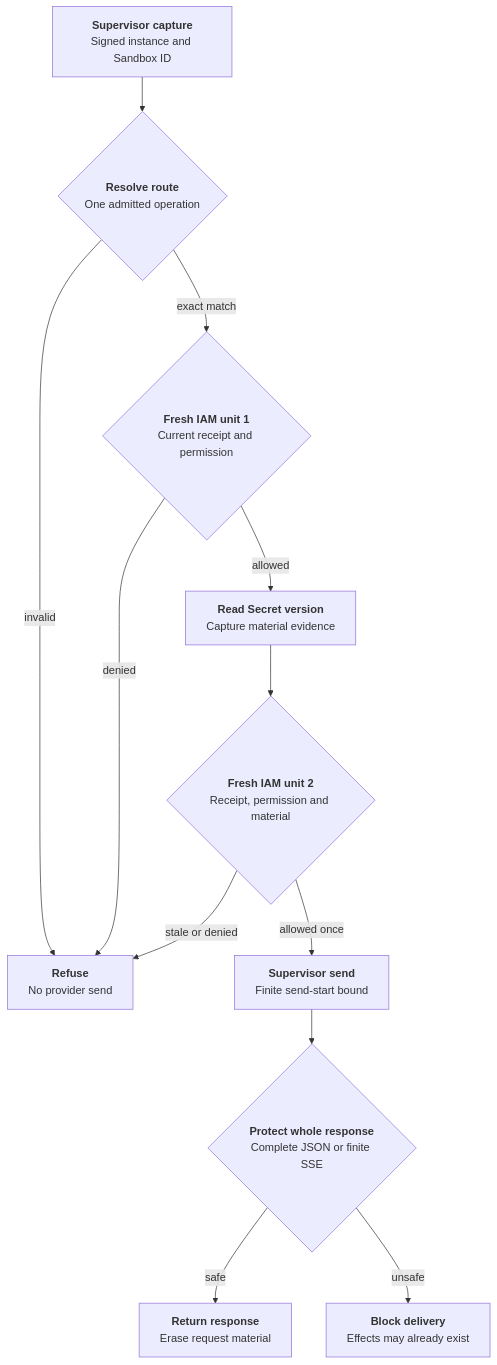
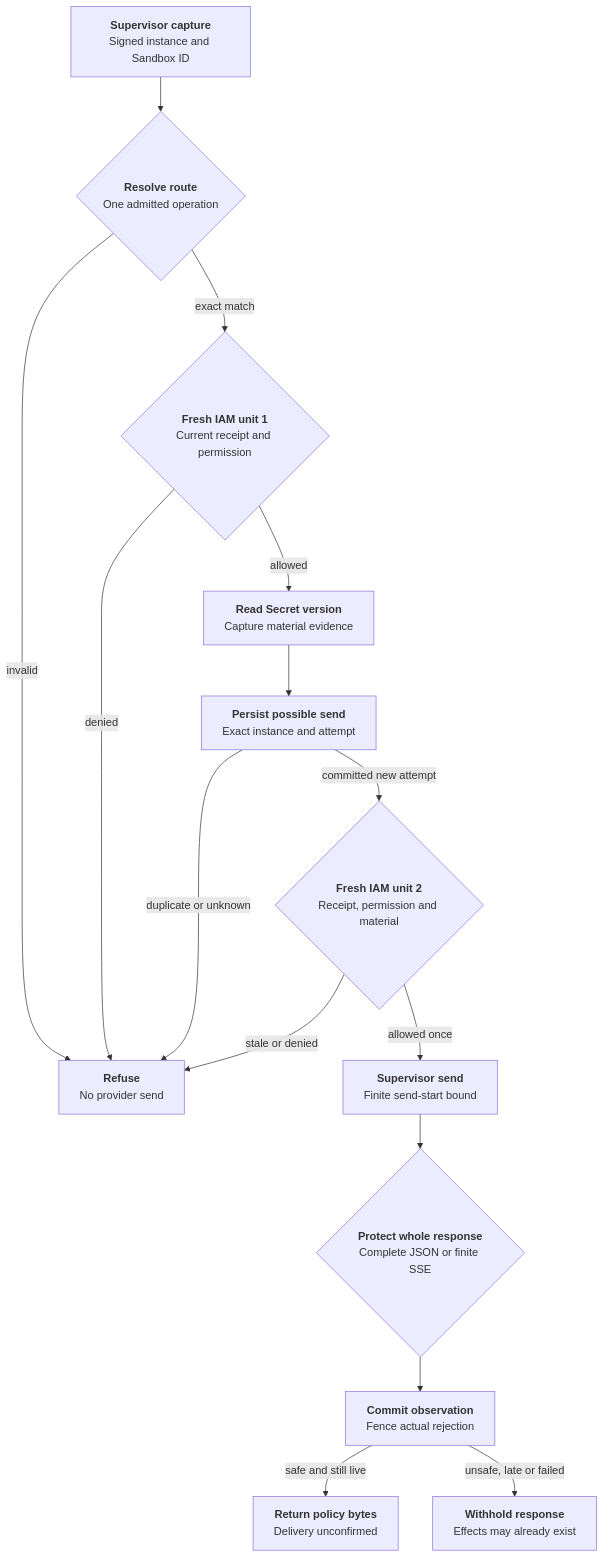
Before and after one commit to anmol0b/openclaw-enterprise: the diagram in docs/flows/credential-source-egress.md, drawn with Mermaid. The commit also changed other lines of this file and 24 other files, not shown here.

Commit message:
Persist static egress attempts before final send authorization

````diff
--- a/docs/flows/credential-source-egress.md
+++ b/docs/flows/credential-source-egress.md
@@ -34,14 +34,17 @@
 ```mermaid
 graph TD
   A["<b>Supervisor capture</b><br/>Signed instance and Sandbox ID"] --> B{"<b>Resolve route</b><br/>One admitted operation"}
   B -- "invalid" --> X["<b>Refuse</b><br/>No provider send"]
   B -- "exact match" --> C{"<b>Fresh IAM unit 1</b><br/>Current receipt and permission"}
   C -- "denied" --> X
   C -- "allowed" --> D["<b>Read Secret version</b><br/>Capture material evidence"]
-  D --> E{"<b>Fresh IAM unit 2</b><br/>Receipt, permission and material"}
+  D --> P["<b>Persist possible send</b><br/>Exact instance and attempt"]
+  P -- "duplicate or unknown" --> X
+  P -- "committed new attempt" --> E{"<b>Fresh IAM unit 2</b><br/>Receipt, permission and material"}
   E -- "stale or denied" --> X
   E -- "allowed once" --> F["<b>Supervisor send</b><br/>Finite send-start bound"]
   F --> G{"<b>Protect whole response</b><br/>Complete JSON or finite SSE"}
-  G -- "safe" --> H["<b>Return response</b><br/>Erase request material"]
-  G -- "unsafe" --> I["<b>Block delivery</b><br/>Effects may already exist"]
+  G --> O["<b>Commit observation</b><br/>Fence actual rejection"]
+  O -- "safe and still live" --> H["<b>Return policy bytes</b><br/>Delivery unconfirmed"]
+  O -- "unsafe, late or failed" --> I["<b>Withhold response</b><br/>Effects may already exist"]
 ```
````
